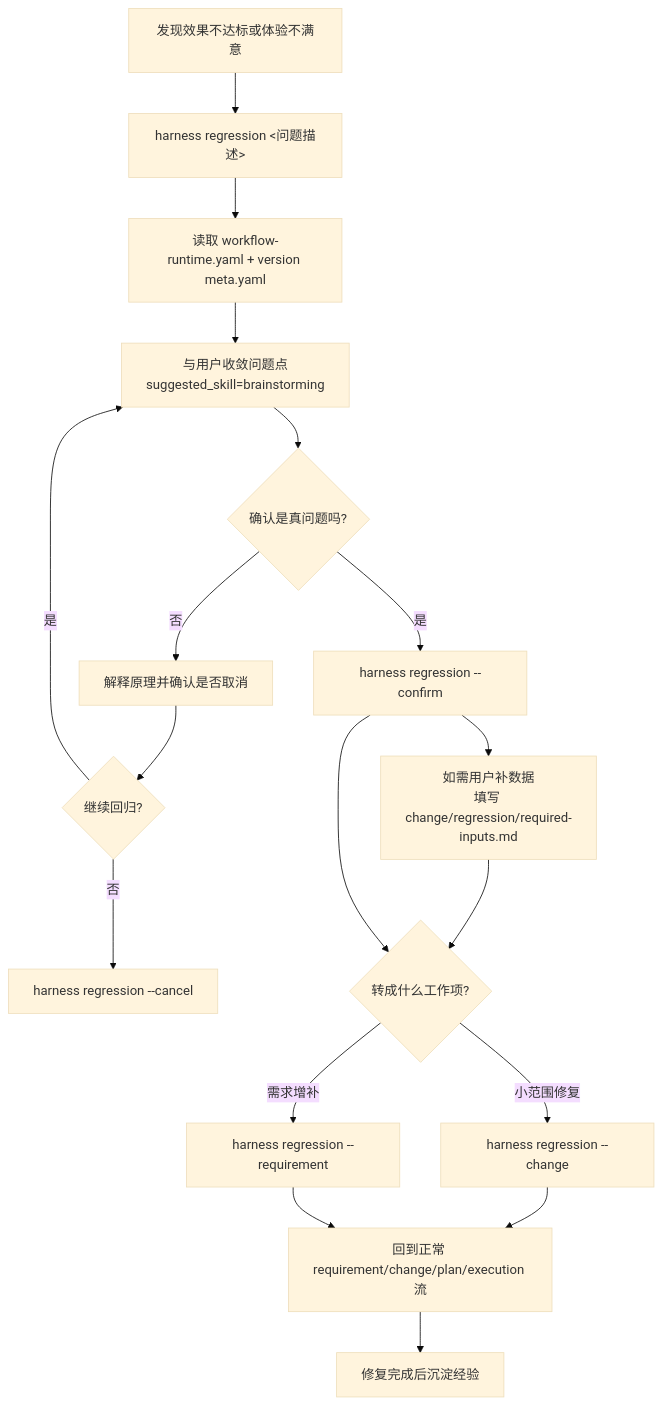
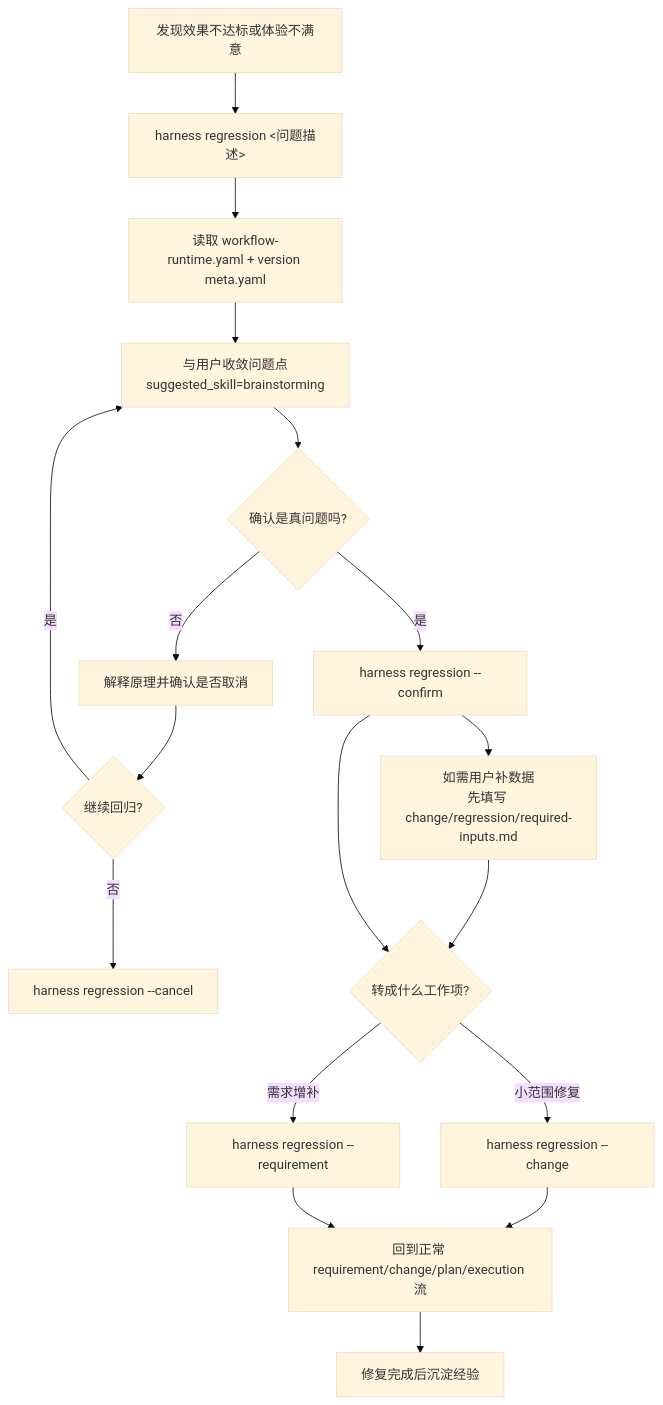
One commit to togally/harness-workflow changed the second of 4 diagrams in README.md. Above: the diagram before and after it, drawn with Mermaid (base theme). The commit also changed other lines of this file and 15 other files, not shown here.

Commit message:
Require required-inputs before asking humans

````diff
--- a/README.md
+++ b/README.md
@@ -305,20 +305,20 @@
 ```mermaid
 flowchart TD
     A["发现效果不达标或体验不满意"] --> B["harness regression <问题描述>"]
     B --> C["读取 workflow-runtime.yaml + version meta.yaml"]
     C --> D["与用户收敛问题点<br/>suggested_skill=brainstorming"]
     D --> E{"确认是真问题吗?"}
     E -->|否| F["解释原理并确认是否取消"]
     F --> G{"继续回归?"}
     G -->|否| H["harness regression --cancel"]
     G -->|是| D
     E -->|是| I["harness regression --confirm"]
-    I --> I2["如需用户补数据<br/>填写 change/regression/required-inputs.md"]
+    I --> I2["如需用户补数据<br/>先填写 change/regression/required-inputs.md"]
     I2 --> J
     I --> J{"转成什么工作项?"}
     J -->|小范围修复| K["harness regression --change"]
     J -->|需求增补| L["harness regression --requirement"]
     K --> M["回到正常 requirement/change/plan/execution 流"]
     L --> M
     M --> N["修复完成后沉淀经验"]
 ```
````
